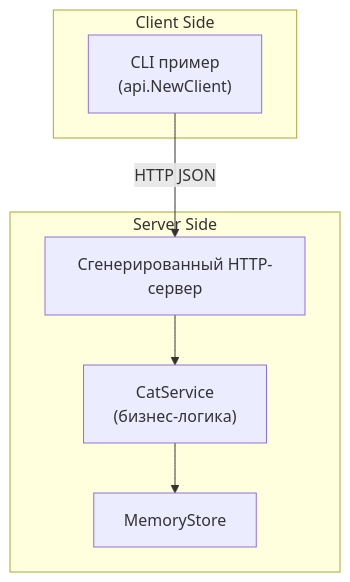
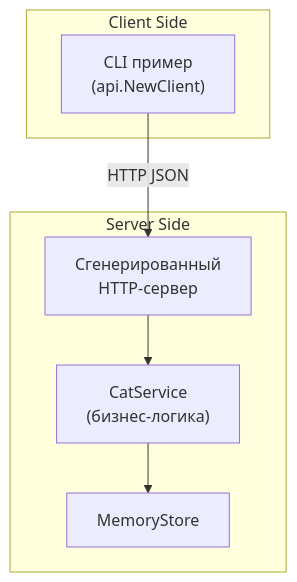
One commit to Miraines/mws-test changed the diagram in README.md. Above: the diagram before and after it, drawn with Mermaid.

````diff
--- a/README.md
+++ b/README.md
@@ -73,16 +73,16 @@
 ```mermaid
 graph TD
     subgraph Client Side
-        CLI["CLI пример\n(api.NewClient)"]
+        CLI["CLI пример<br>(api.NewClient)"]
     end
 
     subgraph Server Side
-        HTTPServer["Сгенерированный HTTP-сервер"]
-        Service["CatService\n(бизнес-логика)"]
+        HTTPServer["Сгенерированный<br>HTTP-сервер"]
+        Service["CatService<br>(бизнес-логика)"]
         Store["MemoryStore"]
     end
 
     CLI -->|HTTP JSON| HTTPServer
     HTTPServer --> Service
     Service --> Store
 ```
````
